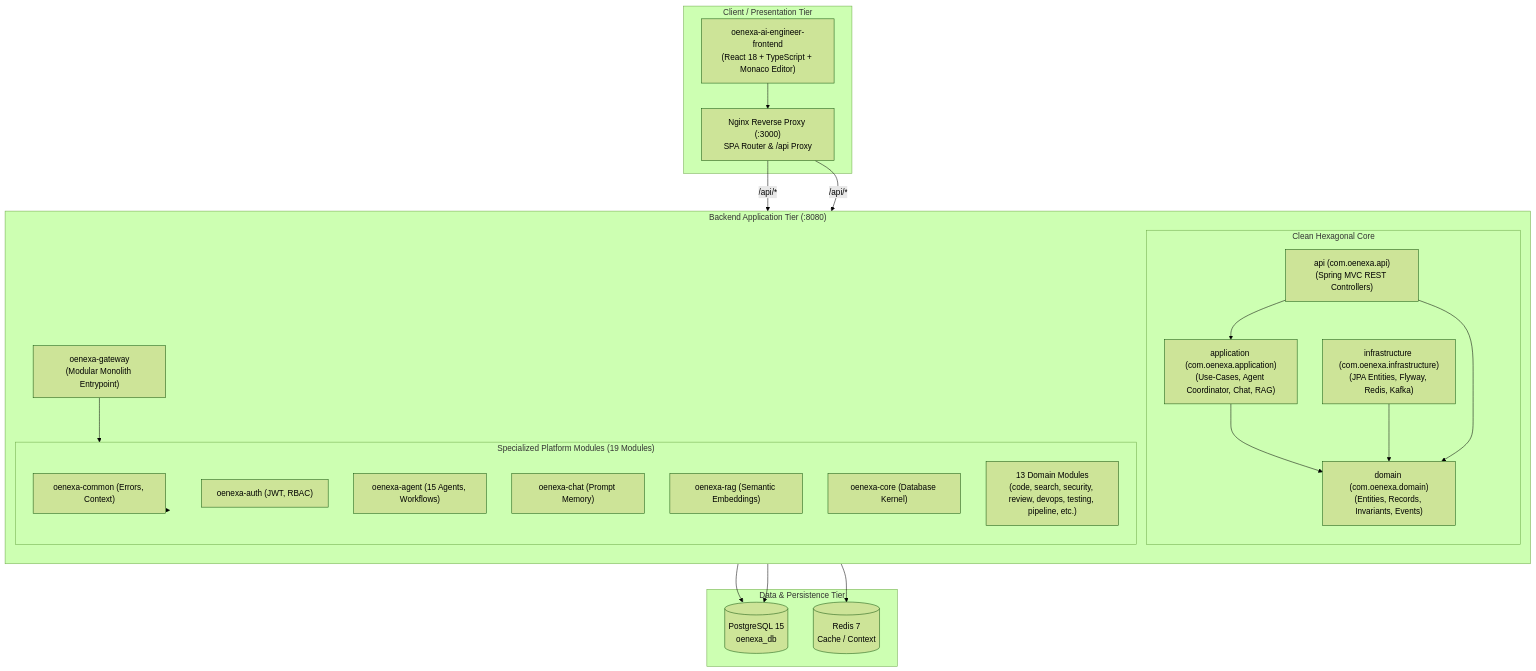
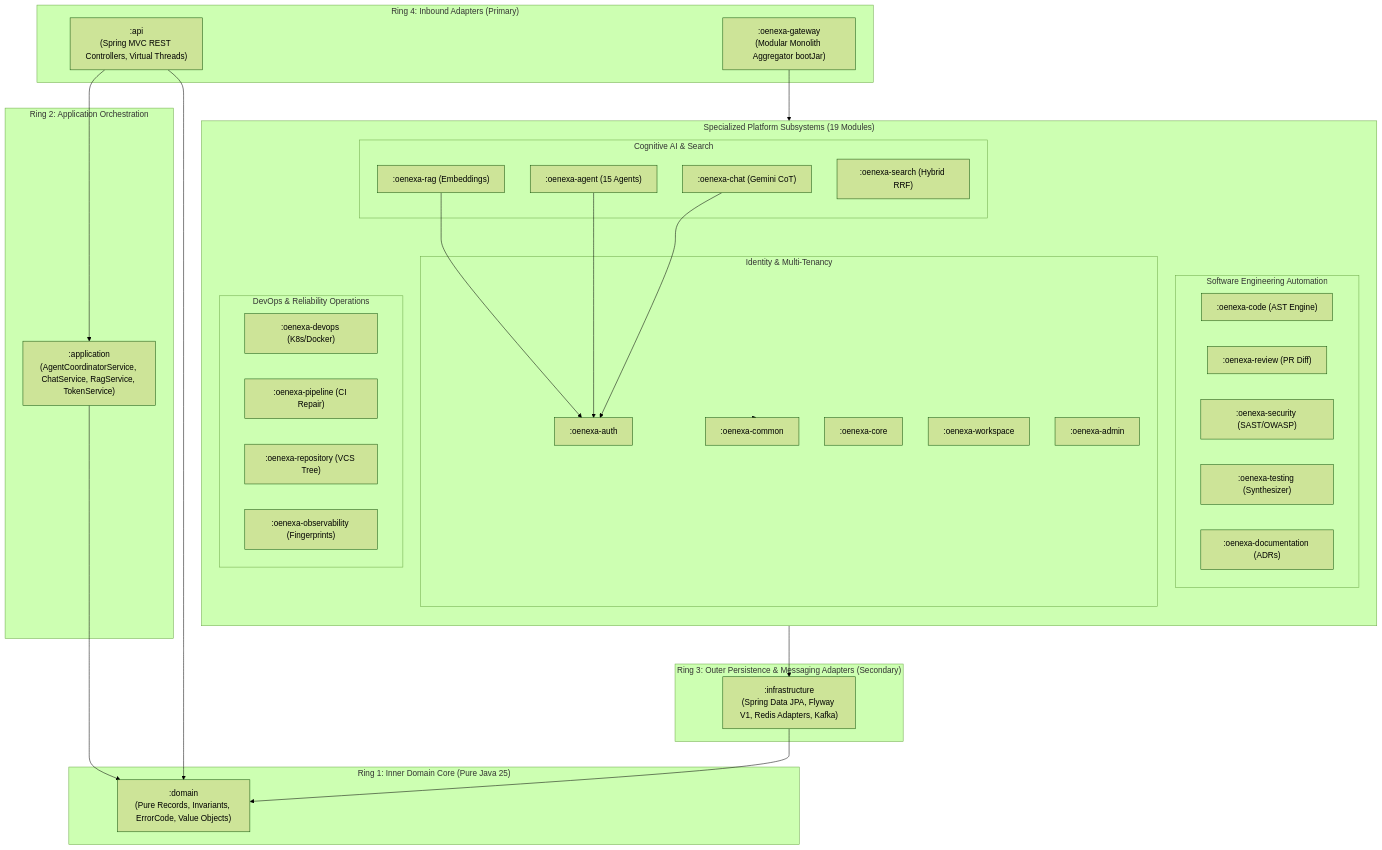
One commit to oenexa/oenexa-ai-core changed the third of 5 diagrams in ARCHITECTURE.md. Above: the diagram before and after it, drawn with Mermaid (forest theme). The commit also changed other lines of this file and 1 other file, not shown here.

Commit message:
docs: upgrade C4 System Context and Architecture diagrams for all 23 modules (Step 34)

````diff
--- a/ARCHITECTURE.md
+++ b/ARCHITECTURE.md
@@ -51,48 +108,66 @@
 ```mermaid
-flowchart TD
-    subgraph ClientLayer ["Client / Presentation Tier"]
-        UI["oenexa-ai-engineer-frontend<br/>(React 18 + TypeScript + Monaco Editor)"]
-        Nginx["Nginx Reverse Proxy (:3000)<br/>SPA Router & /api Proxy"]
-        UI --> Nginx
+flowchart TB
+    subgraph Ring4 ["Ring 4: Inbound Adapters (Primary)"]
+        API[":api<br/>(Spring MVC REST Controllers, Virtual Threads)"]
+        GATEWAY[":oenexa-gateway<br/>(Modular Monolith Aggregator bootJar)"]
     end
 
-    subgraph BackendLayer ["Backend Application Tier (:8080)"]
+    subgraph Ring3 ["Ring 3: Outer Persistence & Messaging Adapters (Secondary)"]
+        INFRA[":infrastructure<br/>(Spring Data JPA, Flyway V1, Redis Adapters, Kafka)"]
+    end
+
+    subgraph Ring2 ["Ring 2: Application Orchestration"]
+        APP[":application<br/>(AgentCoordinatorService, ChatService, RagService, TokenService)"]
+    end
+
+    subgraph Ring1 ["Ring 1: Inner Domain Core (Pure Java 25)"]
+        DOM[":domain<br/>(Pure Records, Invariants, ErrorCode, Value Objects)"]
+    end
+
+    subgraph PlatformModules ["Specialized Platform Subsystems (19 Modules)"]
         direction TB
-        Gateway["oenexa-gateway<br/>(Modular Monolith Entrypoint)"]
-        API["api (com.oenexa.api)<br/>(Spring MVC REST Controllers)"]
         
-        subgraph CoreHexagon ["Clean Hexagonal Core"]
-            App["application (com.oenexa.application)<br/>(Use-Cases, Agent Coordinator, Chat, RAG)"]
-            Dom["domain (com.oenexa.domain)<br/>(Entities, Records, Invariants, Events)"]
-            Infra["infrastructure (com.oenexa.infrastructure)<br/>(JPA Entities, Flyway, Redis, Kafka)"]
-            App --> Dom
-            Infra --> Dom
-            API --> App
-            API --> Dom
+        subgraph Group_Identity ["Identity & Multi-Tenancy"]
+            COMMON[":oenexa-common"]
+            AUTH[":oenexa-auth"]
+            CORE[":oenexa-core"]
+            WORKSPACE[":oenexa-workspace"]
+            ADMIN[":oenexa-admin"]
         end
 
-        subgraph PlatformModules ["Specialized Platform Modules (19 Modules)"]
-            M_Common["oenexa-common (Errors, Context)"]
-            M_Auth["oenexa-auth (JWT, RBAC)"]
-            M_Agent["oenexa-agent (15 Agents, Workflows)"]
-            M_Chat["oenexa-chat (Prompt Memory)"]
-            M_Rag["oenexa-rag (Semantic Embeddings)"]
-            M_Core["oenexa-core (Database Kernel)"]
-            M_Other["13 Domain Modules<br/>(code, search, security, review, devops, testing, pipeline, etc.)"]
+        subgraph Group_AI ["Cognitive AI & Search"]
+            CHAT[":oenexa-chat (Gemini CoT)"]
+            AGENT[":oenexa-agent (15 Agents)"]
+            RAG[":oenexa-rag (Embeddings)"]
+            SEARCH[":oenexa-search (Hybrid RRF)"]
         end
 
-        Gateway --> PlatformModules
-        PlatformModules --> M_Common
+        subgraph Group_Eng ["Software Engineering Automation"]
+            CODE[":oenexa-code (AST Engine)"]
+            REVIEW[":oenexa-review (PR Diff)"]
+            SECURITY[":oenexa-security (SAST/OWASP)"]
+            TESTING[":oenexa-testing (Synthesizer)"]
+            DOCS[":oenexa-documentation (ADRs)"]
+        end
+
+        subgraph Group_Ops ["DevOps & Reliability Operations"]
+            DEVOPS[":oenexa-devops (K8s/Docker)"]
+            PIPELINE[":oenexa-pipeline (CI Repair)"]
+            REPO[":oenexa-repository (VCS Tree)"]
+            OBS[":oenexa-observability (Fingerprints)"]
+        end
     end
 
-    subgraph DataLayer ["Data & Persistence Tier"]
-        DB[(PostgreSQL 15<br/>oenexa_db)]
-        Cache[(Redis 7<br/>Cache / Context)]
-    end
-
-    Nginx -->|/api/*| API
-    Nginx -->|/api/*| Gateway
-    Infra --> DB
-    Infra --> Cache
-    M_Core --> DB
+    %% Inward dependency rules
+    API --> APP
+    API --> DOM
+    INFRA --> DOM
+    APP --> DOM
+    
+    GATEWAY --> PlatformModules
+    PlatformModules --> COMMON
+    CHAT --> AUTH
+    AGENT --> AUTH
+    RAG --> AUTH
+    CORE --> INFRA
 ```
````
